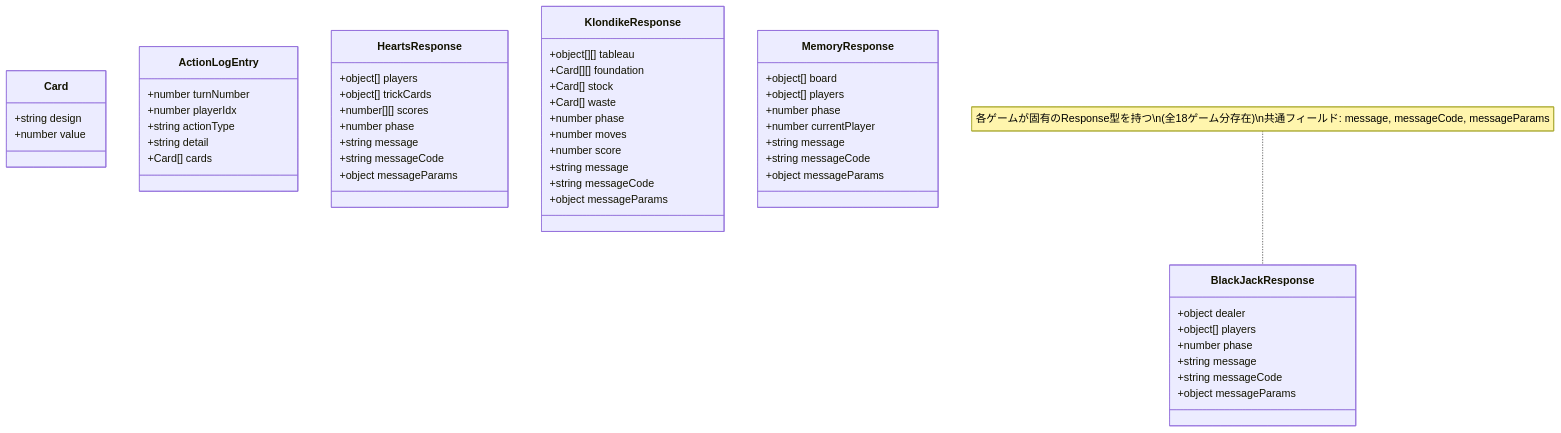
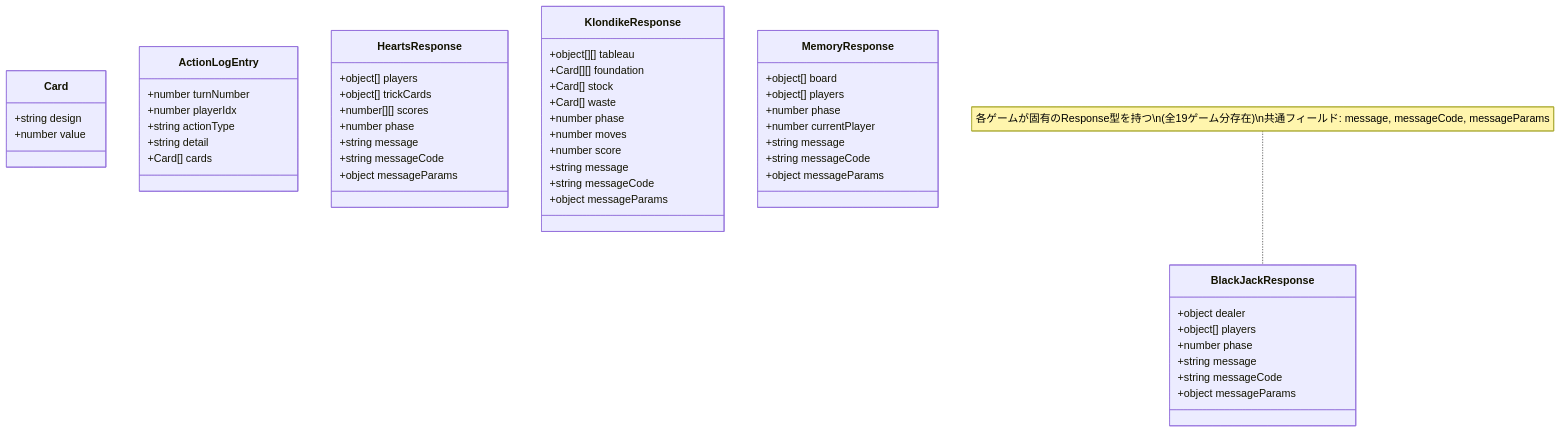
One commit to yuta-yoshinaga/go_trumpcards changed the first of 16 diagrams in docs/design/frontend.md. Above: the diagram before and after it, drawn with Mermaid. The commit also changed other lines of this file and 53 other files, not shown here.

````diff
--- a/docs/design/frontend.md
+++ b/docs/design/frontend.md
@@ -32,59 +32,59 @@
 ```mermaid
 classDiagram
     class Card {
         +string design
         +number value
     }
 
     class ActionLogEntry {
         +number turnNumber
         +number playerIdx
         +string actionType
         +string detail
         +Card[] cards
     }
 
     class BlackJackResponse {
         +object dealer
         +object[] players
         +number phase
         +string message
         +string messageCode
         +object messageParams
     }
 
     class HeartsResponse {
         +object[] players
         +object[] trickCards
         +number[][] scores
         +number phase
         +string message
         +string messageCode
         +object messageParams
     }
 
     class KlondikeResponse {
         +object[][] tableau
         +Card[][] foundation
         +Card[] stock
         +Card[] waste
         +number phase
         +number moves
         +number score
         +string message
         +string messageCode
         +object messageParams
     }
 
     class MemoryResponse {
         +object[] board
         +object[] players
         +number phase
         +number currentPlayer
         +string message
         +string messageCode
         +object messageParams
     }
 
-    note for BlackJackResponse "各ゲームが固有のResponse型を持つ\n(全18ゲーム分存在)\n共通フィールド: message, messageCode, messageParams"
+    note for BlackJackResponse "各ゲームが固有のResponse型を持つ\n(全19ゲーム分存在)\n共通フィールド: message, messageCode, messageParams"
 ```
````
